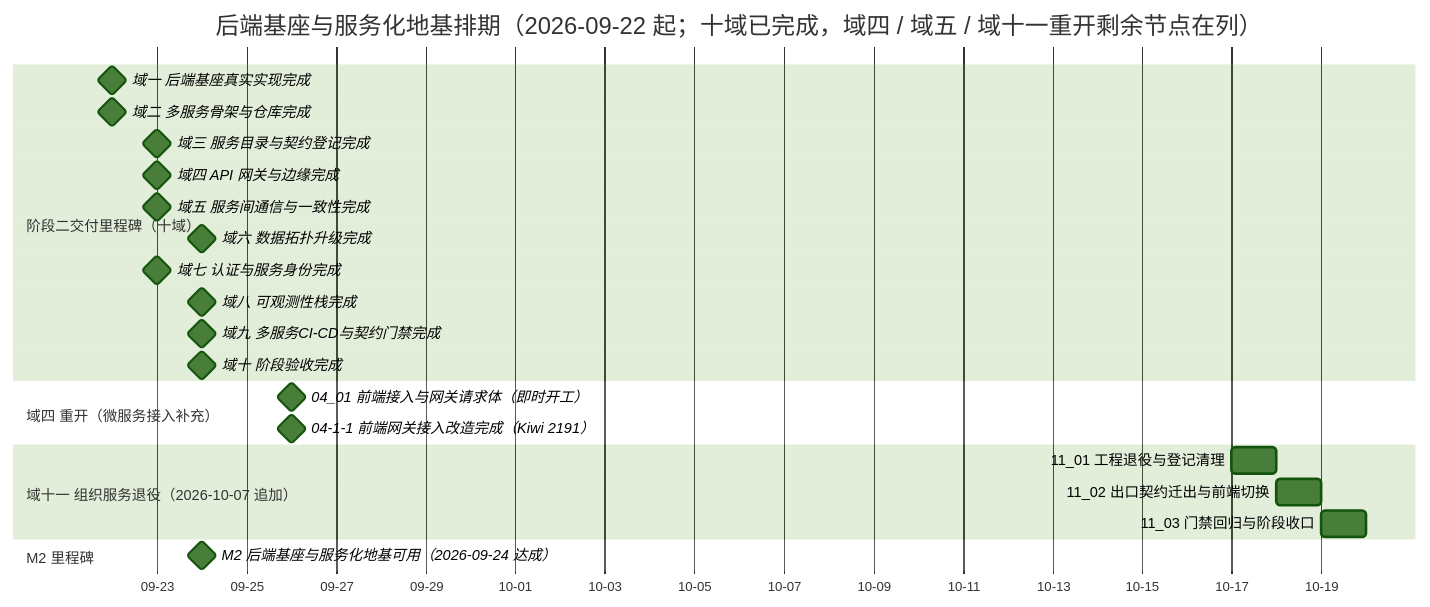
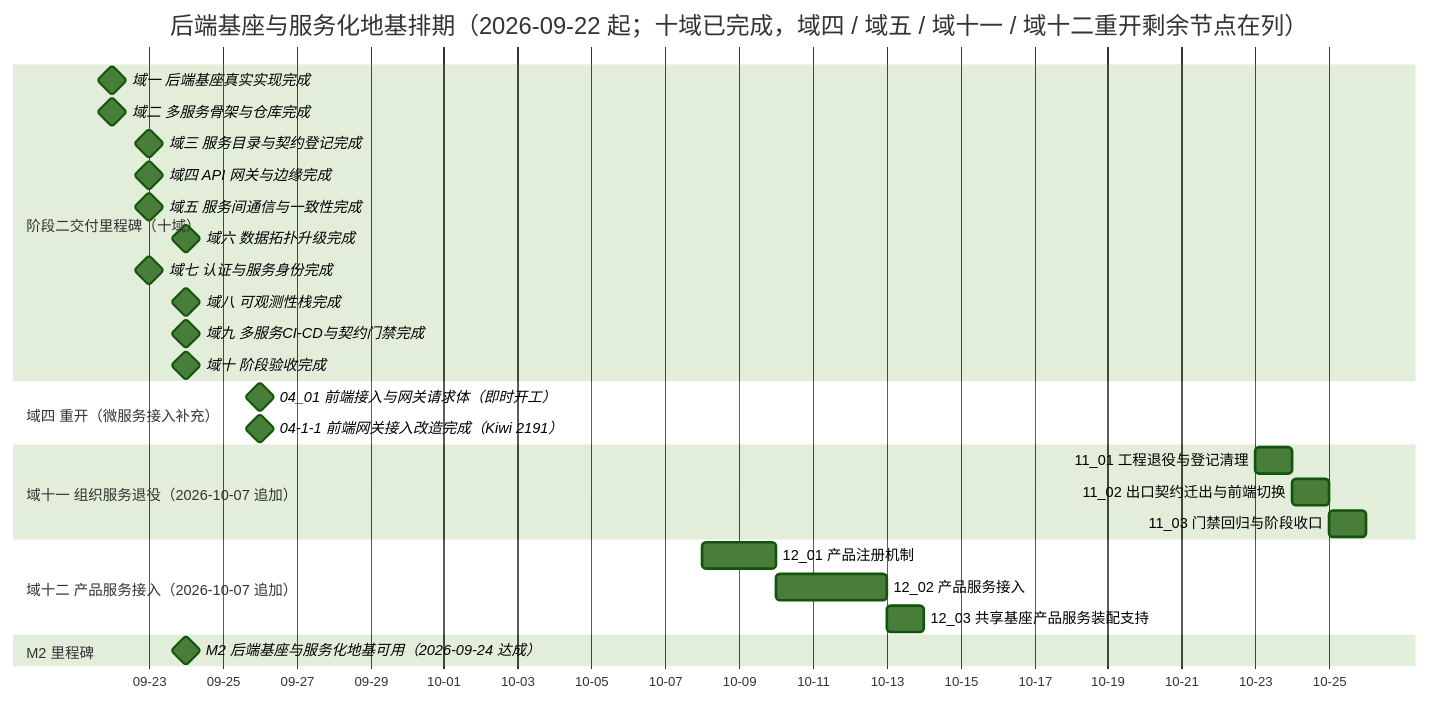
Before and after one commit to minjian123/basic-management-system: the diagram in bms文档/项目/02_后端基座与服务化地基/计划/01_计划_后端基座与服务化地基.md, drawn with Mermaid (forest theme). The commit also changed other lines of this file and 6 other files, not shown here.

````diff
--- a/bms文档/项目/02_后端基座与服务化地基/计划/01_计划_后端基座与服务化地基.md
+++ b/bms文档/项目/02_后端基座与服务化地基/计划/01_计划_后端基座与服务化地基.md
@@ -67,26 +71,30 @@
 ```mermaid
 gantt
-    title 后端基座与服务化地基排期（2026-09-22 起；十域已完成，域四 / 域五 / 域十一重开剩余节点在列）
+    title 后端基座与服务化地基排期（2026-09-22 起；十域已完成，域四 / 域五 / 域十一 / 域十二重开剩余节点在列）
     dateFormat  YYYY-MM-DD
     axisFormat %m-%d
     section 阶段二交付里程碑（十域）
     域一 后端基座真实实现完成 :milestone, m01, 2026-09-22, 0d
     域二 多服务骨架与仓库完成 :milestone, m02, 2026-09-22, 0d
     域三 服务目录与契约登记完成 :milestone, m03, 2026-09-23, 0d
     域四 API 网关与边缘完成 :milestone, m04, 2026-09-23, 0d
     域五 服务间通信与一致性完成 :milestone, m05, 2026-09-23, 0d
     域六 数据拓扑升级完成 :milestone, m06, 2026-09-24, 0d
     域七 认证与服务身份完成 :milestone, m07, 2026-09-23, 0d
     域八 可观测性栈完成 :milestone, m08, 2026-09-24, 0d
     域九 多服务CI-CD与契约门禁完成 :milestone, m09, 2026-09-24, 0d
     域十 阶段验收完成 :milestone, m10, 2026-09-24, 0d
     section 域四 重开（微服务接入补充）
     04_01 前端接入与网关请求体（即时开工） :milestone, m0401x, 2026-09-26, 0d
     04-1-1 前端网关接入改造完成（Kiwi 2191） :milestone, m0401a, 2026-09-26, 0d
     section 域十一 组织服务退役（2026-10-07 追加）
-    11_01 工程退役与登记清理 :m1101, 2026-10-17, 1d
-    11_02 出口契约迁出与前端切换 :m1102, 2026-10-18, 1d
-    11_03 门禁回归与阶段收口 :m1103, 2026-10-19, 1d
+    11_01 工程退役与登记清理 :m1101, 2026-10-23, 1d
+    11_02 出口契约迁出与前端切换 :m1102, 2026-10-24, 1d
+    11_03 门禁回归与阶段收口 :m1103, 2026-10-25, 1d
+    section 域十二 产品服务接入（2026-10-07 追加）
+    12_01 产品注册机制 :m1201, 2026-10-08, 2d
+    12_02 产品服务接入 :m1202, 2026-10-10, 3d
+    12_03 共享基座产品服务装配支持 :m1203, 2026-10-13, 1d
     section M2 里程碑
     M2 后端基座与服务化地基可用（2026-09-24 达成） :milestone, mm2, 2026-09-24, 0d
 ```
````
